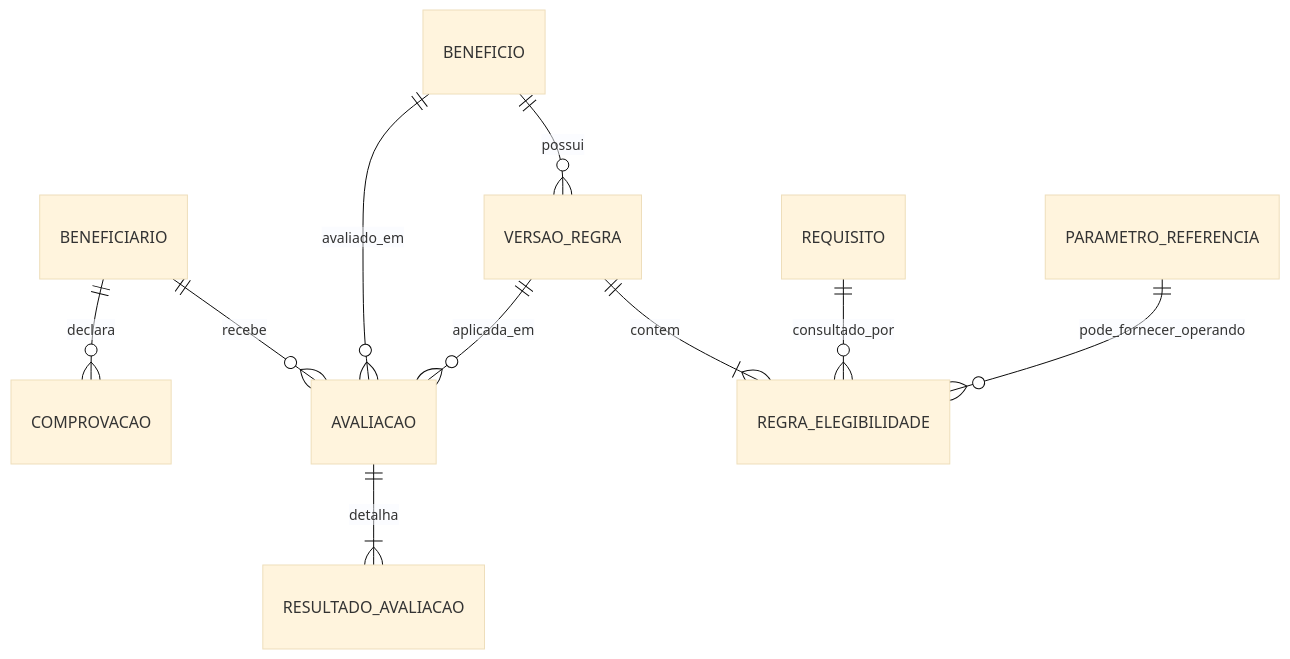
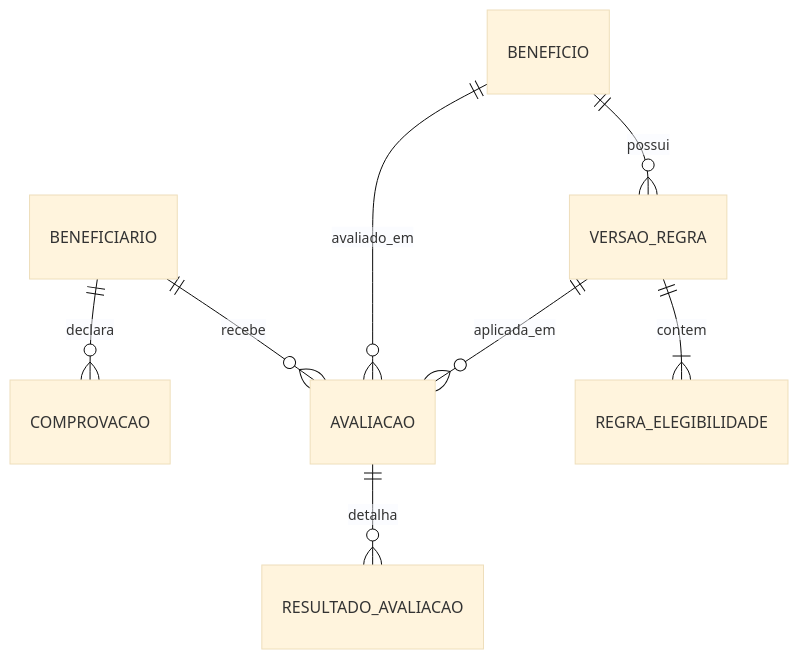
One commit to pricioricardo/ovg-beneficios-lab changed the diagram in docs/domain/DOMAIN_MODEL.md. Above: the diagram before and after it, drawn with Mermaid (base theme). The commit also changed other lines of this file and 7 other files, not shown here.

````diff
--- a/docs/domain/DOMAIN_MODEL.md
+++ b/docs/domain/DOMAIN_MODEL.md
@@ -27,12 +27,10 @@
 ```mermaid
 erDiagram
     BENEFICIARIO ||--o{ COMPROVACAO : declara
     BENEFICIARIO ||--o{ AVALIACAO : recebe
     BENEFICIO ||--o{ VERSAO_REGRA : possui
     BENEFICIO ||--o{ AVALIACAO : avaliado_em
     VERSAO_REGRA ||--|{ REGRA_ELEGIBILIDADE : contem
-    REQUISITO ||--o{ REGRA_ELEGIBILIDADE : consultado_por
-    PARAMETRO_REFERENCIA ||--o{ REGRA_ELEGIBILIDADE : pode_fornecer_operando
     VERSAO_REGRA ||--o{ AVALIACAO : aplicada_em
-    AVALIACAO ||--|{ RESULTADO_AVALIACAO : detalha
+    AVALIACAO ||--o{ RESULTADO_AVALIACAO : detalha
 ```
````
